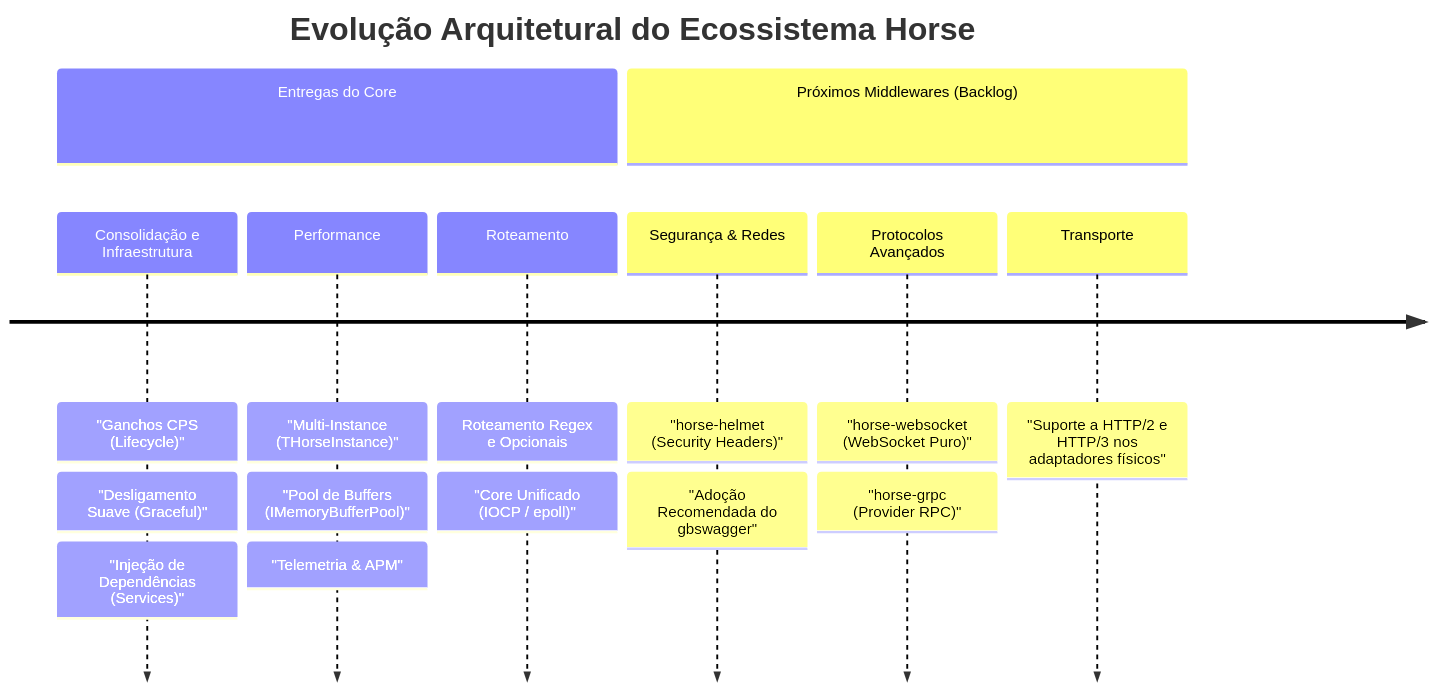
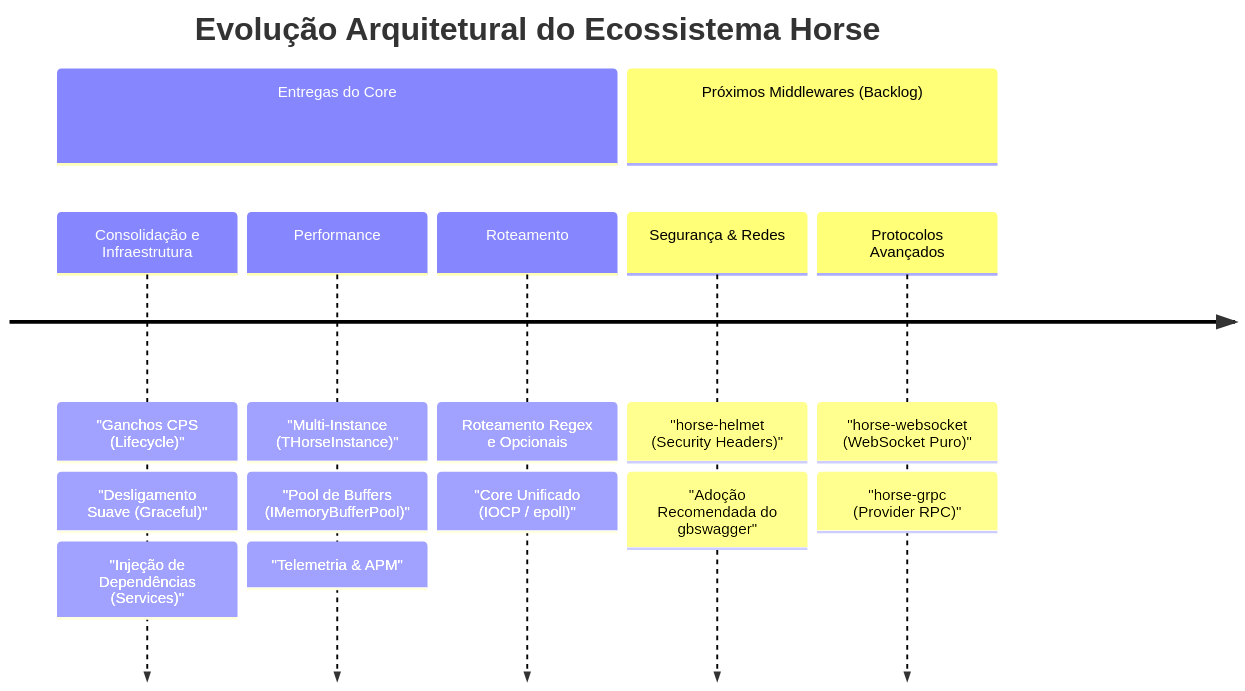
One commit to HashLoad/horse changed the diagram in doc/roadmap/README.md. Above: the diagram before and after it, drawn with Mermaid. The commit also changed other lines of this file, not shown here.

Commit message:
docs: remove http2 e http3 do roadmap

````diff
--- a/doc/roadmap/README.md
+++ b/doc/roadmap/README.md
@@ -14,12 +14,11 @@
 ```mermaid
 timeline
     title Evolução Arquitetural do Ecossistema Horse
     section Entregas do Core
         Consolidação e Infraestrutura : "Ganchos CPS (Lifecycle)" : "Desligamento Suave (Graceful)" : "Injeção de Dependências (Services)"
         Performance : "Multi-Instance (THorseInstance)" : "Pool de Buffers (IMemoryBufferPool)" : "Telemetria & APM"
         Roteamento : Roteamento Regex e Opcionais : "Core Unificado (IOCP / epoll)"
     section Próximos Middlewares (Backlog)
         Segurança & Redes : "horse-helmet (Security Headers)" : "Adoção Recomendada do gbswagger"
         Protocolos Avançados : "horse-websocket (WebSocket Puro)" : "horse-grpc (Provider RPC)"
-        Transporte : "Suporte a HTTP/2 e HTTP/3 nos adaptadores físicos"
 ```
````
